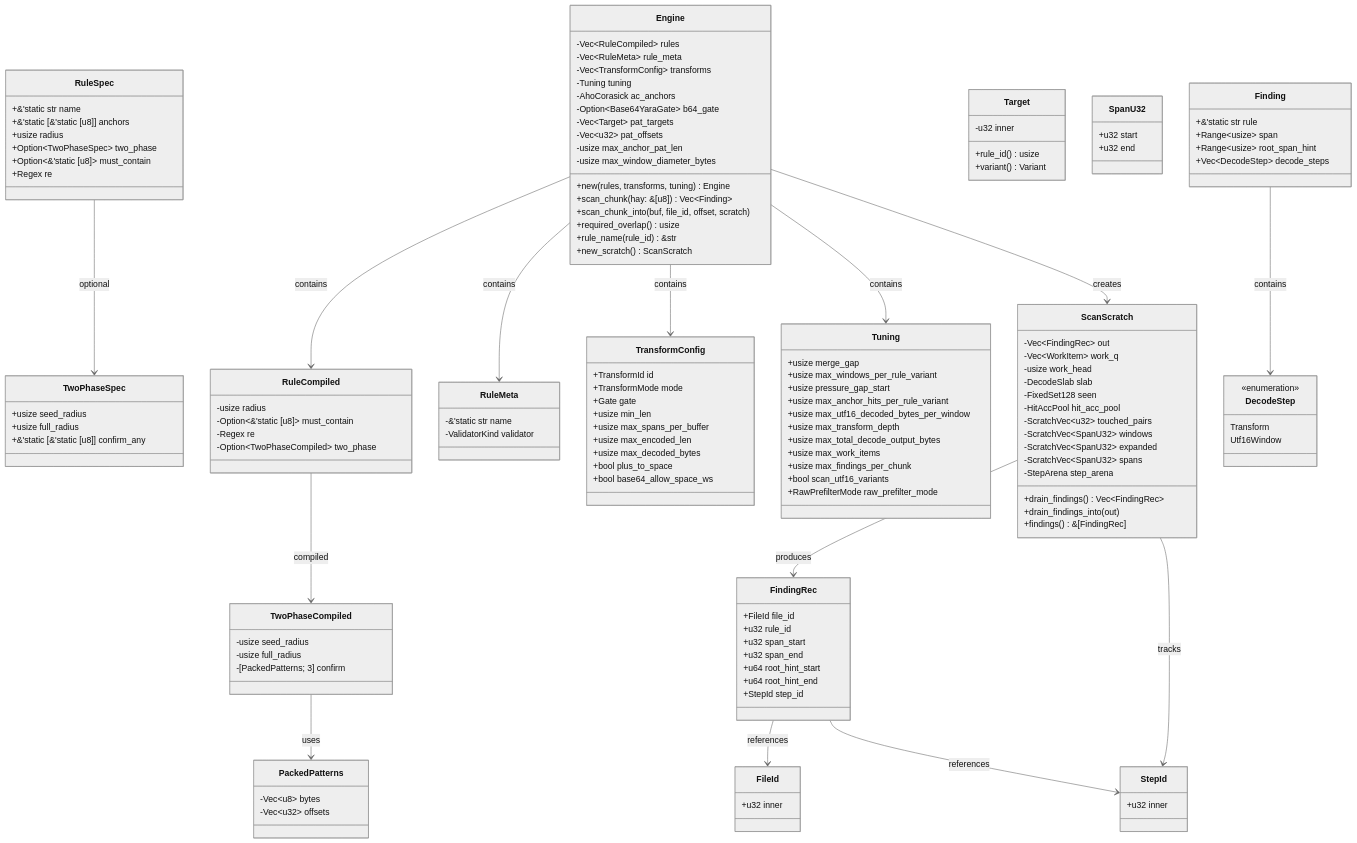
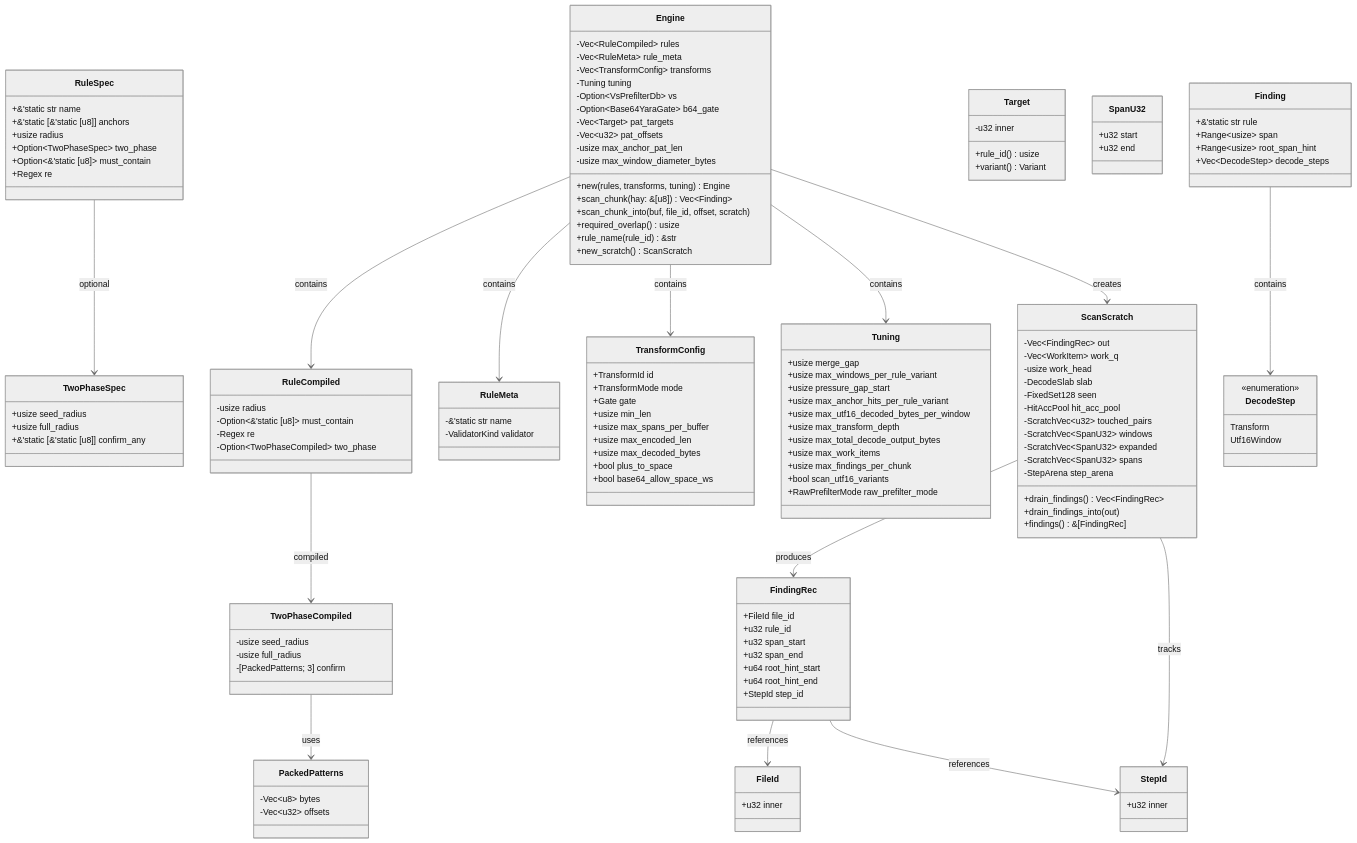
One commit to ahrav/scratch-scanner-rs changed the first of 4 diagrams in docs/data-types.md. Above: the diagram before and after it, drawn with Mermaid (neutral theme). The commit also changed other lines of this file and 19 other files, not shown here.

First line of the commit message:
Refactor: Replace AhoCorasick with Vectorscan for anchor matching

```diff
--- a/docs/data-types.md
+++ b/docs/data-types.md
@@ -11,7 +11,7 @@
         -Vec~RuleMeta~ rule_meta
         -Vec~TransformConfig~ transforms
         -Tuning tuning
-        -AhoCorasick ac_anchors
+        -Option~VsPrefilterDb~ vs
         -Option~Base64YaraGate~ b64_gate
         -Vec~Target~ pat_targets
         -Vec~u32~ pat_offsets
```
